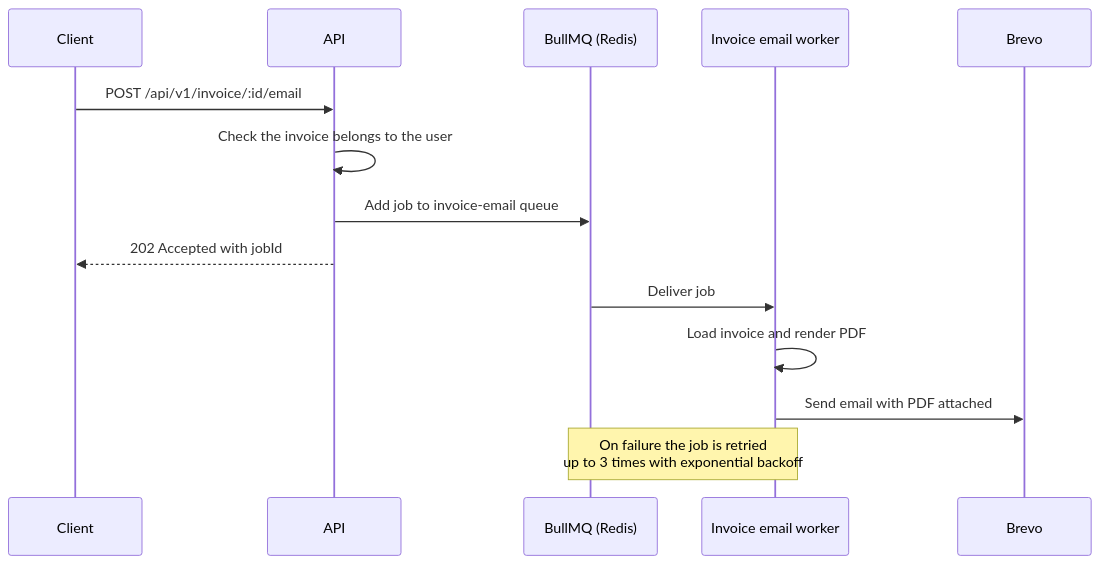
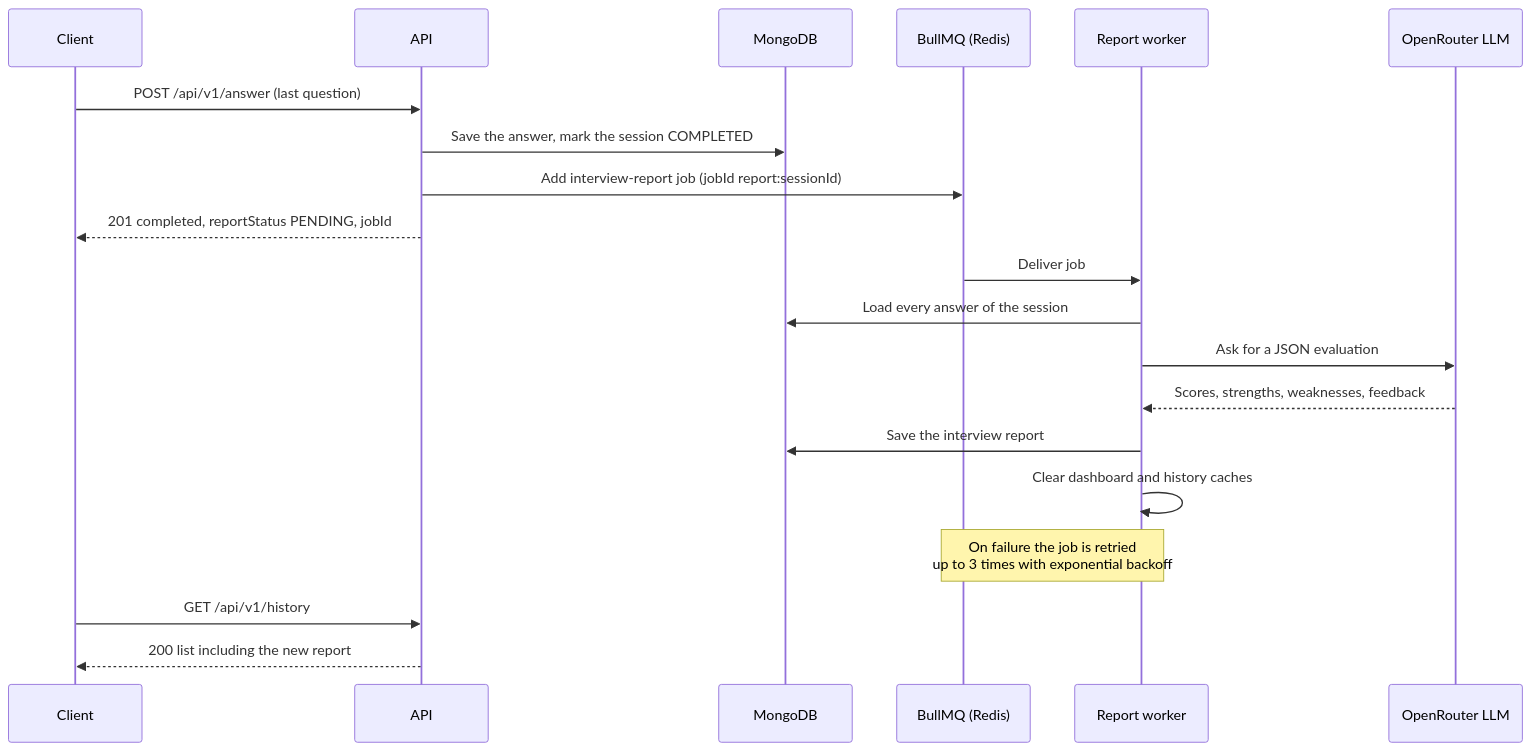
The third of 7 diagrams in README.md (nikhilsingh2764/AI-Driven-Talent-Evaluation-Interview-Service), drawn with Mermaid before and after one commit. The commit also changed other lines of this file, not shown here.

````diff
--- a/README.md
+++ b/README.md
@@ -105,17 +153,23 @@
 ```mermaid
 sequenceDiagram
     participant C as Client
     participant A as API
+    participant M as MongoDB
     participant Q as BullMQ (Redis)
-    participant W as Invoice email worker
-    participant B as Brevo
+    participant W as Report worker
+    participant L as OpenRouter LLM
 
-    C->>A: POST /api/v1/invoice/:id/email
-    A->>A: Check the invoice belongs to the user
-    A->>Q: Add job to invoice-email queue
-    A-->>C: 202 Accepted with jobId
+    C->>A: POST /api/v1/answer (last question)
+    A->>M: Save the answer, mark the session COMPLETED
+    A->>Q: Add interview-report job (jobId report:sessionId)
+    A-->>C: 201 completed, reportStatus PENDING, jobId
     Q->>W: Deliver job
-    W->>W: Load invoice and render PDF
-    W->>B: Send email with PDF attached
+    W->>M: Load every answer of the session
+    W->>L: Ask for a JSON evaluation
+    L-->>W: Scores, strengths, weaknesses, feedback
+    W->>M: Save the interview report
+    W->>W: Clear dashboard and history caches
     Note over W,Q: On failure the job is retried<br/>up to 3 times with exponential backoff
+    C->>A: GET /api/v1/history
+    A-->>C: 200 list including the new report
 ```
````
